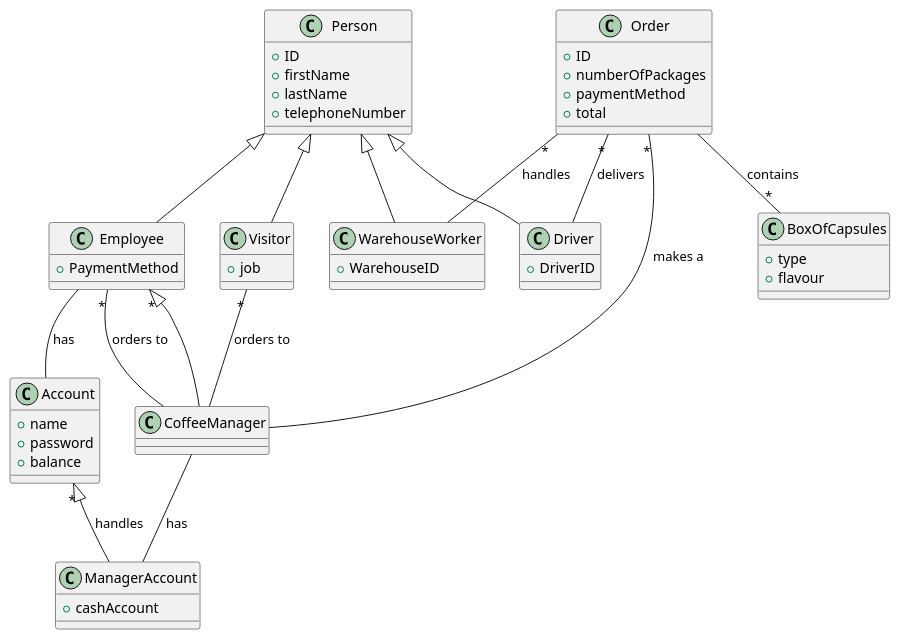
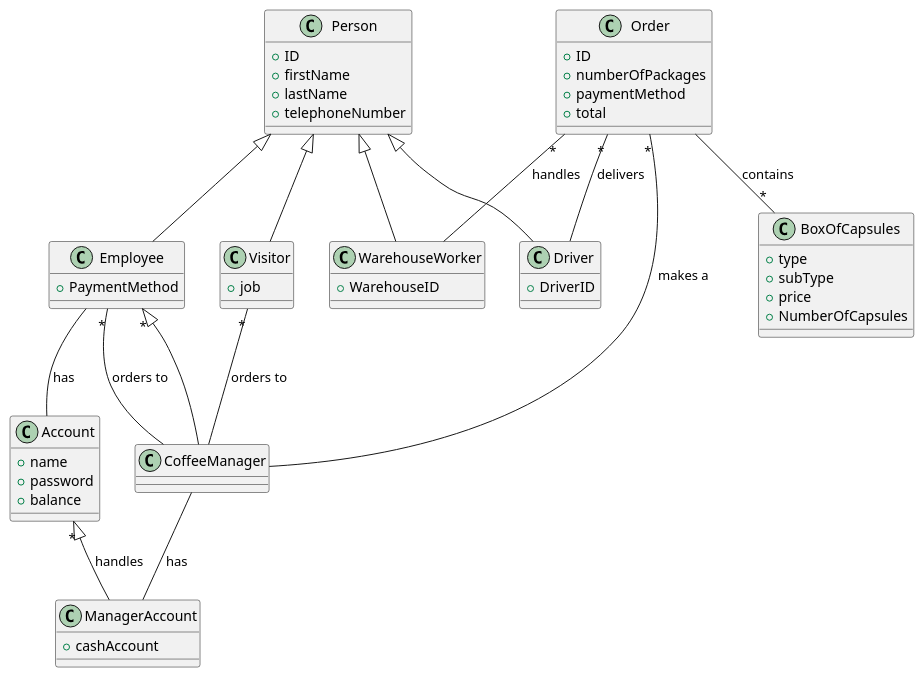
One commit to salvatore-dimartino/LaTazza changed the third of 4 diagrams in templates/RequirementsTemplate.md. Above: the diagram before and after it, drawn with PlantUML.

````diff
--- a/templates/RequirementsTemplate.md
+++ b/templates/RequirementsTemplate.md
@@ -493,73 +493,75 @@
 ```plantuml
 @startuml
 
 class Person {
     +ID
 	+firstName
 	+lastName
 	+telephoneNumber
 }
 
 class Employee {
     
     +PaymentMethod
 }
 
 class WarehouseWorker{
     +WarehouseID
 }
 
 class Visitor {
 
     +job
 }
 
 class CoffeeManager {
 
 }
 
 class BoxOfCapsules {
 
 	+type
-	+flavour
+	+subType
+	+price
+	+NumberOfCapsules
 }
 
 class Account {
 
 	+name
 	+password
 	+balance
 }
 
 class Order {
 
 	+ID
 	+numberOfPackages
 	+paymentMethod
 	+total
 }
 
 class ManagerAccount {
     +cashAccount
 }
 
 class Driver {
     +DriverID
 }
 
 Order "*" -- WarehouseWorker :handles
 Order "*" -- Driver :delivers
 Person <|-- Employee
 Person <|-- Visitor
 Person <|-- Driver
 Person <|-- WarehouseWorker
 Account "*" <|-- ManagerAccount :handles
 Employee "*" <|-- CoffeeManager
 Employee "*"-- CoffeeManager : orders to
 Order "*" -- CoffeeManager : makes a
 Visitor "*" -- CoffeeManager : orders to
 Order -- "*" BoxOfCapsules : contains
 Employee -- Account : has
 CoffeeManager -- ManagerAccount :has
 @enduml
 ```
````
